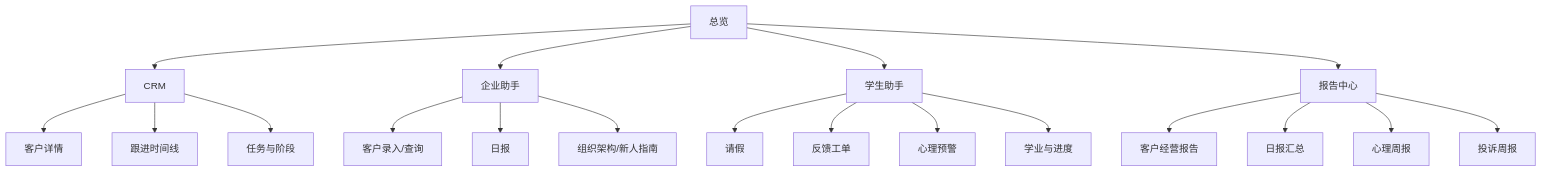
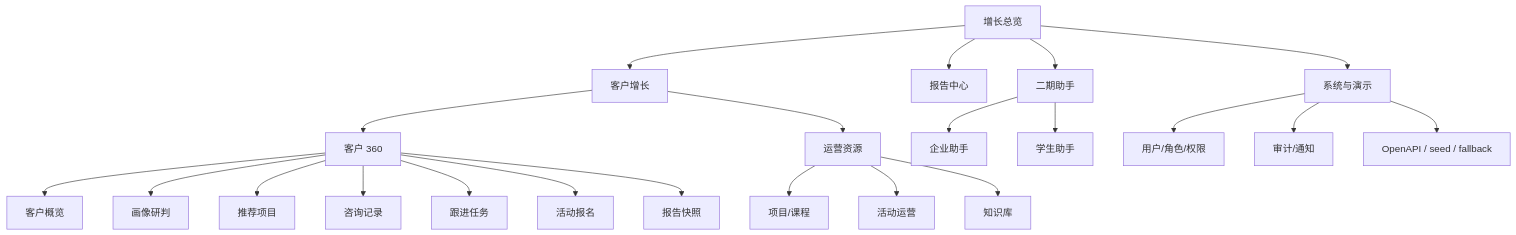
The diagram in docs/prd/教育服务业务系统原型结构-v1.md (hu974632293-ai/jiaoyu-lxfw), drawn with Mermaid before and after one commit. The commit also changed other lines of this file and 2 other files, not shown here.

````diff
--- a/docs/prd/教育服务业务系统原型结构-v1.md
+++ b/docs/prd/教育服务业务系统原型结构-v1.md
@@ -32,21 +40,24 @@
 ```mermaid
 flowchart TD
-  A["总览"] --> B["CRM"]
-  A --> C["企业助手"]
-  A --> D["学生助手"]
-  A --> E["报告中心"]
-  B --> F["客户详情"]
-  B --> G["跟进时间线"]
-  B --> H["任务与阶段"]
-  C --> I["客户录入/查询"]
-  C --> J["日报"]
-  C --> K["组织架构/新人指南"]
-  D --> L["请假"]
-  D --> M["反馈工单"]
-  D --> N["心理预警"]
-  D --> O["学业与进度"]
-  E --> P["客户经营报告"]
-  E --> Q["日报汇总"]
-  E --> R["心理周报"]
-  E --> S["投诉周报"]
+  A["增长总览"] --> B["客户增长"]
+  B --> C["客户 360"]
+  C --> C1["客户概览"]
+  C --> C2["画像研判"]
+  C --> C3["推荐项目"]
+  C --> C4["咨询记录"]
+  C --> C5["跟进任务"]
+  C --> C6["活动报名"]
+  C --> C7["报告快照"]
+  A --> D["报告中心"]
+  B --> E["运营资源"]
+  E --> E1["项目/课程"]
+  E --> E2["活动运营"]
+  E --> E3["知识库"]
+  A --> F["二期助手"]
+  F --> F1["企业助手"]
+  F --> F2["学生助手"]
+  A --> G["系统与演示"]
+  G --> G1["用户/角色/权限"]
+  G --> G2["审计/通知"]
+  G --> G3["OpenAPI / seed / fallback"]
 ```
````
